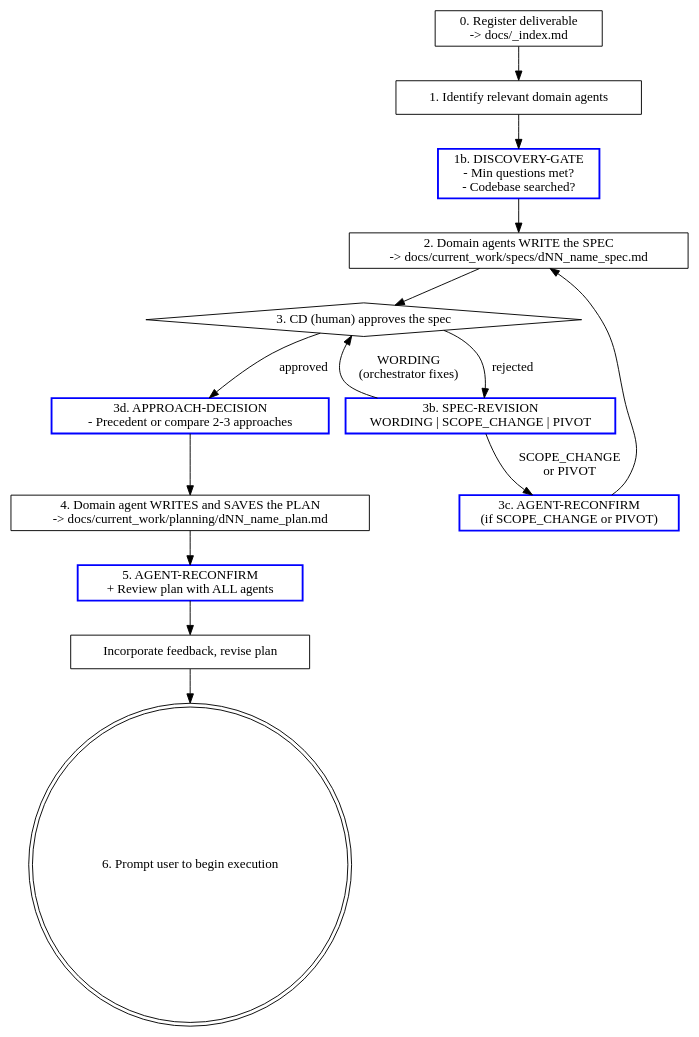
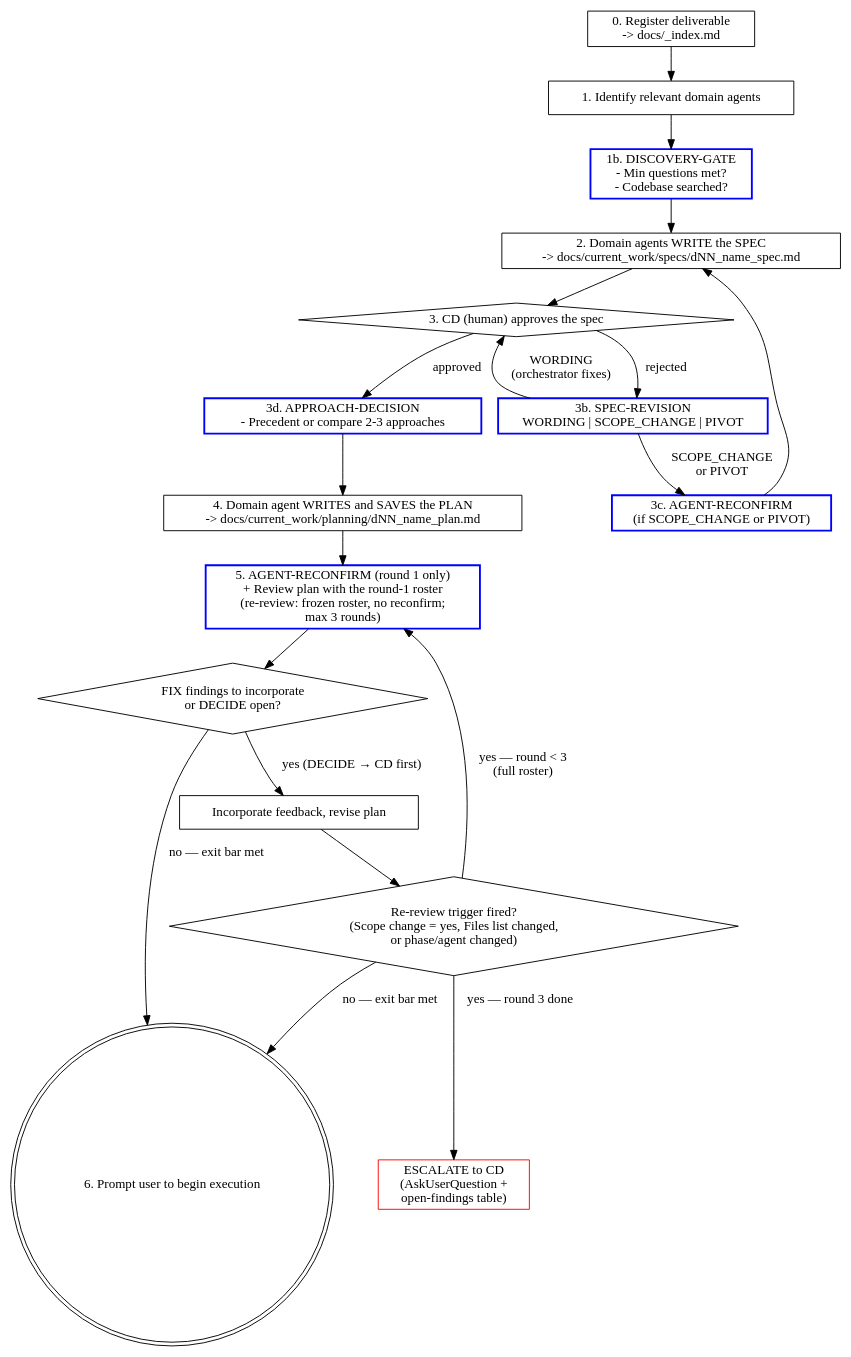
Before and after one commit to Inpacchi/cc-sdlc: the diagram in skills/sdlc-plan/SKILL.md, drawn with Graphviz. The commit also changed other lines of this file and 30 other files, not shown here.

````diff
--- a/skills/sdlc-plan/SKILL.md
+++ b/skills/sdlc-plan/SKILL.md
@@ -128,32 +128,40 @@
 ```dot
 digraph planning {
     rankdir=TB;
 
     "0. Register deliverable\n-> docs/_index.md" [shape=box];
     "1. Identify relevant domain agents" [shape=box];
     "1b. DISCOVERY-GATE\n- Min questions met?\n- Codebase searched?" [shape=box, style=bold, color=blue];
     "2. Domain agents WRITE the SPEC\n-> docs/current_work/specs/dNN_name_spec.md" [shape=box];
     "3. CD (human) approves the spec" [shape=diamond];
     "3b. SPEC-REVISION\nWORDING | SCOPE_CHANGE | PIVOT" [shape=box, style=bold, color=blue];
     "3c. AGENT-RECONFIRM\n(if SCOPE_CHANGE or PIVOT)" [shape=box, style=bold, color=blue];
     "3d. APPROACH-DECISION\n- Precedent or compare 2-3 approaches" [shape=box, style=bold, color=blue];
     "4. Domain agent WRITES and SAVES the PLAN\n-> docs/current_work/planning/dNN_name_plan.md" [shape=box];
-    "5. AGENT-RECONFIRM\n+ Review plan with ALL agents" [shape=box, style=bold, color=blue];
+    "5. AGENT-RECONFIRM (round 1 only)\n+ Review plan with the round-1 roster\n(re-review: frozen roster, no reconfirm;\nmax 3 rounds)" [shape=box, style=bold, color=blue];
+    "FIX findings to incorporate\nor DECIDE open?" [shape=diamond];
     "Incorporate feedback, revise plan" [shape=box];
+    "Re-review trigger fired?\n(Scope change = yes, Files list changed,\nor phase/agent changed)" [shape=diamond];
+    "ESCALATE to CD\n(AskUserQuestion +\nopen-findings table)" [shape=box, color=red];
     "6. Prompt user to begin execution" [shape=doublecircle];
 
     "0. Register deliverable\n-> docs/_index.md" -> "1. Identify relevant domain agents";
     "1. Identify relevant domain agents" -> "1b. DISCOVERY-GATE\n- Min questions met?\n- Codebase searched?";
     "1b. DISCOVERY-GATE\n- Min questions met?\n- Codebase searched?" -> "2. Domain agents WRITE the SPEC\n-> docs/current_work/specs/dNN_name_spec.md";
     "2. Domain agents WRITE the SPEC\n-> docs/current_work/specs/dNN_name_spec.md" -> "3. CD (human) approves the spec";
     "3. CD (human) approves the spec" -> "3b. SPEC-REVISION\nWORDING | SCOPE_CHANGE | PIVOT" [label="rejected"];
     "3b. SPEC-REVISION\nWORDING | SCOPE_CHANGE | PIVOT" -> "3c. AGENT-RECONFIRM\n(if SCOPE_CHANGE or PIVOT)" [label="SCOPE_CHANGE\nor PIVOT"];
     "3b. SPEC-REVISION\nWORDING | SCOPE_CHANGE | PIVOT" -> "3. CD (human) approves the spec" [label="WORDING\n(orchestrator fixes)"];
     "3c. AGENT-RECONFIRM\n(if SCOPE_CHANGE or PIVOT)" -> "2. Domain agents WRITE the SPEC\n-> docs/current_work/specs/dNN_name_spec.md";
     "3. CD (human) approves the spec" -> "3d. APPROACH-DECISION\n- Precedent or compare 2-3 approaches" [label="approved"];
     "3d. APPROACH-DECISION\n- Precedent or compare 2-3 approaches" -> "4. Domain agent WRITES and SAVES the PLAN\n-> docs/current_work/planning/dNN_name_plan.md";
-    "4. Domain agent WRITES and SAVES the PLAN\n-> docs/current_work/planning/dNN_name_plan.md" -> "5. AGENT-RECONFIRM\n+ Review plan with ALL agents";
-    "5. AGENT-RECONFIRM\n+ Review plan with ALL agents" -> "Incorporate feedback, revise plan";
-    "Incorporate feedback, revise plan" -> "6. Prompt user to begin execution";
+    "4. Domain agent WRITES and SAVES the PLAN\n-> docs/current_work/planning/dNN_name_plan.md" -> "5. AGENT-RECONFIRM (round 1 only)\n+ Review plan with the round-1 roster\n(re-review: frozen roster, no reconfirm;\nmax 3 rounds)";
+    "5. AGENT-RECONFIRM (round 1 only)\n+ Review plan with the round-1 roster\n(re-review: frozen roster, no reconfirm;\nmax 3 rounds)" -> "FIX findings to incorporate\nor DECIDE open?";
+    "FIX findings to incorporate\nor DECIDE open?" -> "Incorporate feedback, revise plan" [label="yes (DECIDE → CD first)"];
+    "FIX findings to incorporate\nor DECIDE open?" -> "6. Prompt user to begin execution" [label="no — exit bar met"];
+    "Incorporate feedback, revise plan" -> "Re-review trigger fired?\n(Scope change = yes, Files list changed,\nor phase/agent changed)";
+    "Re-review trigger fired?\n(Scope change = yes, Files list changed,\nor phase/agent changed)" -> "6. Prompt user to begin execution" [label="no — exit bar met"];
+    "Re-review trigger fired?\n(Scope change = yes, Files list changed,\nor phase/agent changed)" -> "5. AGENT-RECONFIRM (round 1 only)\n+ Review plan with the round-1 roster\n(re-review: frozen roster, no reconfirm;\nmax 3 rounds)" [label="yes — round < 3\n(full roster)"];
+    "Re-review trigger fired?\n(Scope change = yes, Files list changed,\nor phase/agent changed)" -> "ESCALATE to CD\n(AskUserQuestion +\nopen-findings table)" [label="yes — round 3 done"];
 }
 ```
````
